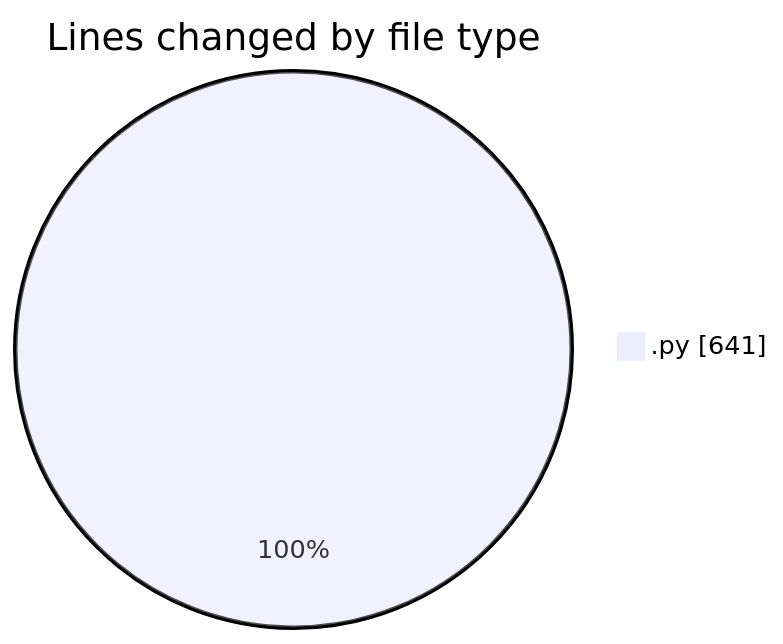
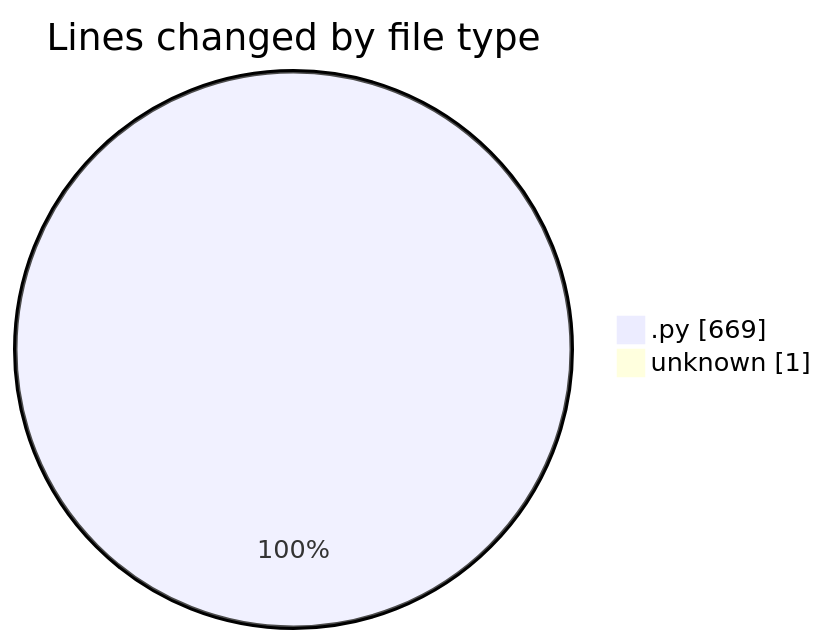
One commit to julien-gomy/code-tracking changed the first of 2 diagrams in 2025-11-22/eventscop-api-guide__workspace_/README.md. Above: the diagram before and after it, drawn with Mermaid. The commit also changed other lines of this file and 1 other file, not shown here.

````diff
--- a/2025-11-22/eventscop-api-guide__workspace_/README.md
+++ b/2025-11-22/eventscop-api-guide__workspace_/README.md
@@ -22,5 +23,6 @@
 ```mermaid
 pie showData
 title Lines changed by file type
-".py" : 641
+".py" : 669
+"unknown" : 1
 ```
````
